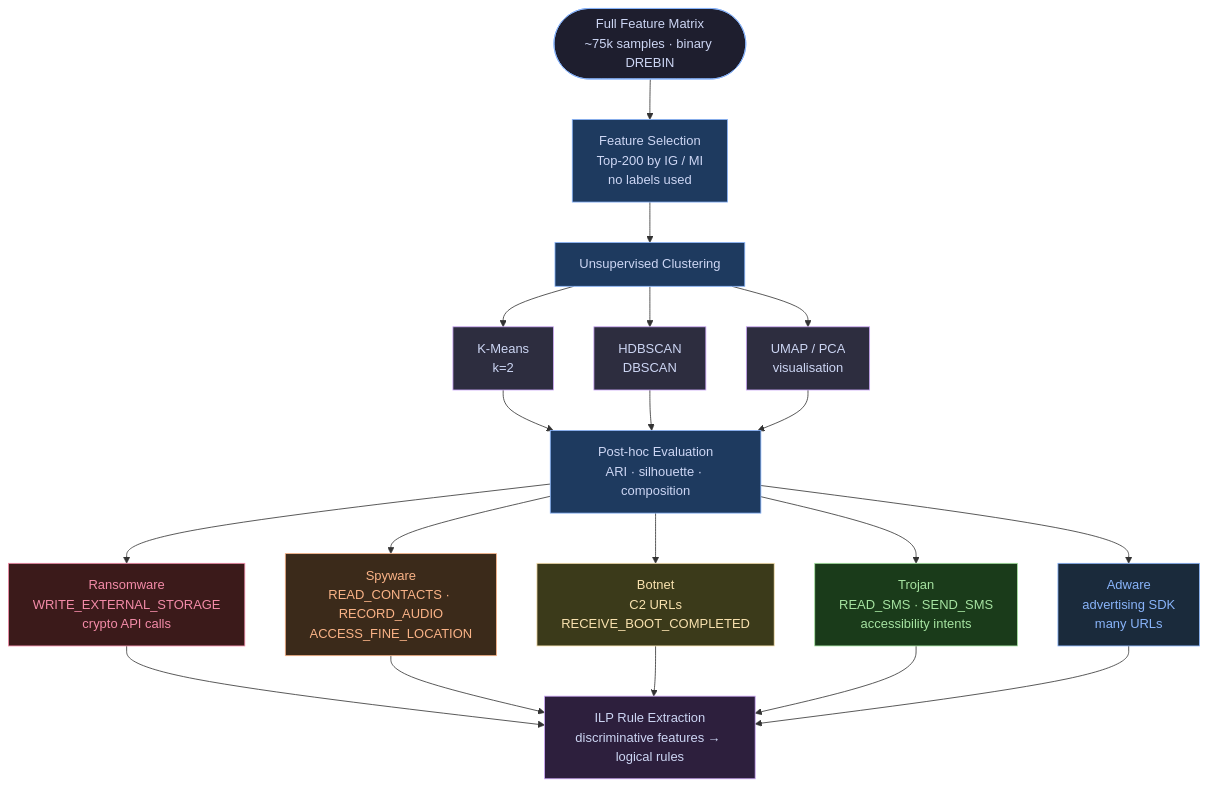
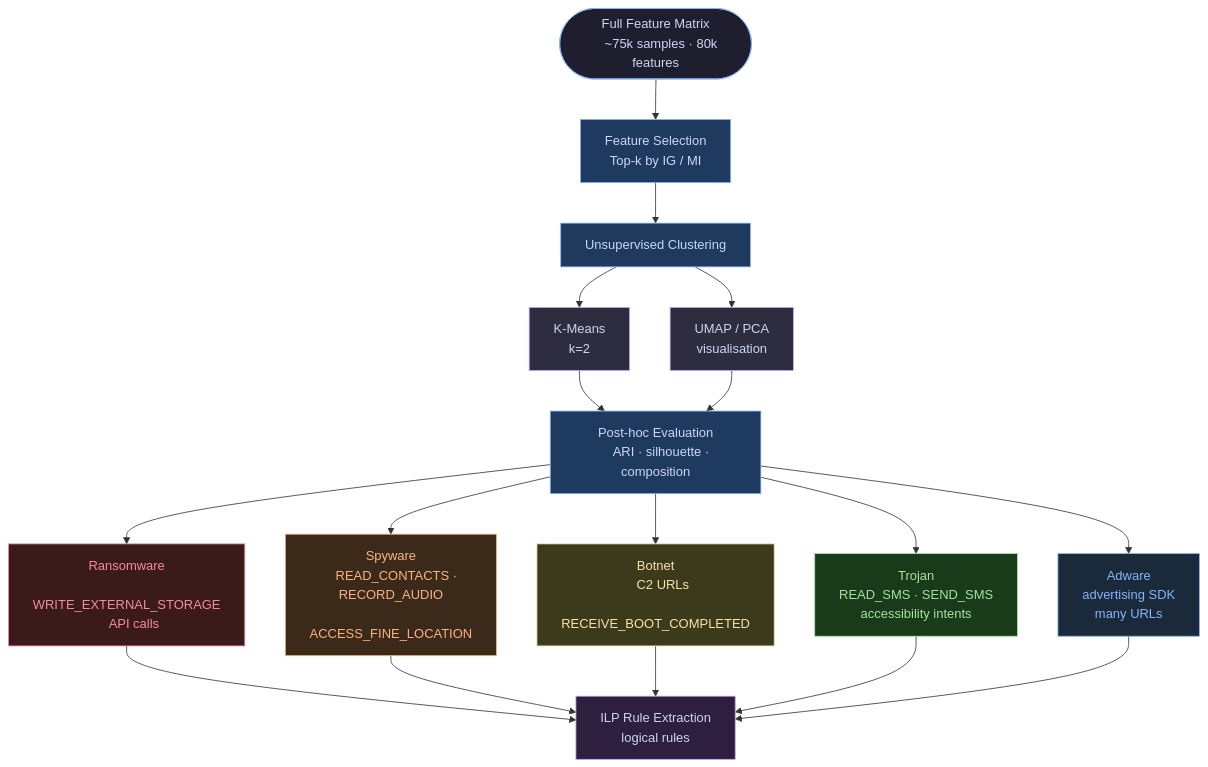
Before and after one commit to MartimJales/Feature-Selection-with-ILP: the diagram in README.md, drawn with Mermaid.

Commit message:
Update README.md: Enhance flowchart formatting and descriptions for clarity

````diff
--- a/README.md
+++ b/README.md
@@ -30,46 +30,58 @@
 ```mermaid
 flowchart TD
-    A([Full Feature Matrix\n~75k samples · binary DREBIN]) --> B
+    A([Full Feature Matrix
+    ~75k samples · 80k features]) --> B
 
-    B["Feature Selection\nTop-200 by IG / MI\nno labels used"]
+    B["Feature Selection
+    Top-k by IG / MI"]
 
     B --> C["Unsupervised Clustering"]
 
-    C --> D["K-Means\nk=2"]
-    C --> E["HDBSCAN\nDBSCAN"]
-    C --> F["UMAP / PCA\nvisualisation"]
+    C --> D["K-Means
+    k=2"]
+    C --> F["UMAP / PCA
+    visualisation"]
 
     D --> G
-    E --> G
     F --> G
 
-    G["Post-hoc Evaluation\nARI · silhouette · composition"]
+    G["Post-hoc Evaluation
+    ARI · silhouette · composition"]
 
-    G --> H1["Ransomware\nWRITE_EXTERNAL_STORAGE\ncrypto API calls"]
-    G --> H2["Spyware\nREAD_CONTACTS · RECORD_AUDIO\nACCESS_FINE_LOCATION"]
-    G --> H3["Botnet\nC2 URLs\nRECEIVE_BOOT_COMPLETED"]
-    G --> H4["Trojan\nREAD_SMS · SEND_SMS\naccessibility intents"]
-    G --> H5["Adware\nadvertising SDK\nmany URLs"]
-
+    G --> H1["Ransomware
+    WRITE_EXTERNAL_STORAGE
+    API calls"]
+    G --> H2["Spyware
+    READ_CONTACTS · RECORD_AUDIO
+    ACCESS_FINE_LOCATION"]
+    G --> H3["Botnet
+    C2 URLs
+    RECEIVE_BOOT_COMPLETED"]
+    G --> H4["Trojan
+    READ_SMS · SEND_SMS
+    accessibility intents"]
+    G --> H5["Adware
+    advertising SDK
+    many URLs"]
     H1 --> I
     H2 --> I
     H3 --> I
     H4 --> I
     H5 --> I
 
-    I["ILP Rule Extraction\ndiscriminative features → logical rules"]
+    I["ILP Rule Extraction
+    logical rules"]
 
     style A fill:#1e1e2e,color:#cdd6f4,stroke:#89b4fa
     style B fill:#1e3a5f,color:#cdd6f4,stroke:#89b4fa
     style C fill:#1e3a5f,color:#cdd6f4,stroke:#89b4fa
     style D fill:#2d2d3f,color:#cdd6f4,stroke:#cba6f7
-    style E fill:#2d2d3f,color:#cdd6f4,stroke:#cba6f7
     style F fill:#2d2d3f,color:#cdd6f4,stroke:#cba6f7
     style G fill:#1e3a5f,color:#cdd6f4,stroke:#89b4fa
     style H1 fill:#3b1a1a,color:#f38ba8,stroke:#f38ba8
     style H2 fill:#3b2a1a,color:#fab387,stroke:#fab387
     style H3 fill:#3b3a1a,color:#f9e2af,stroke:#f9e2af
     style H4 fill:#1a3b1a,color:#a6e3a1,stroke:#a6e3a1
     style H5 fill:#1a2a3b,color:#89b4fa,stroke:#89b4fa
     style I fill:#2d1f3d,color:#cdd6f4,stroke:#cba6f7
 ```
````
